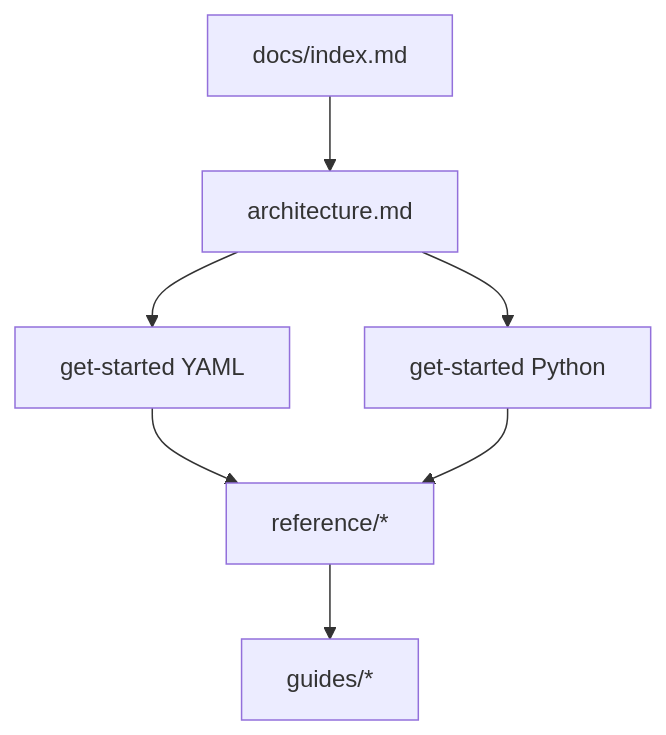
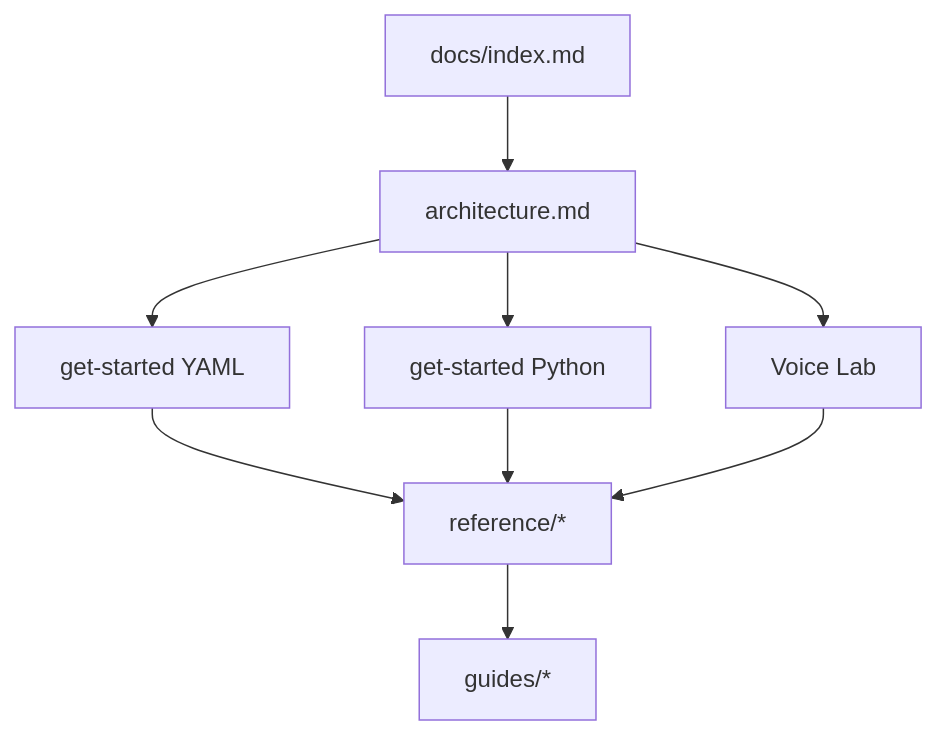
The diagram in docs/index.md (gowrav-vishwakarma/nexus-enterprise-agent), drawn with Mermaid before and after one commit. The commit also changed other lines of this file and 36 other files, not shown here.

First line of the commit message:
feat: enhance voice capabilities with gRPC media servers and Voice Lab integration

````diff
--- a/docs/index.md
+++ b/docs/index.md
@@ -29,16 +33,19 @@
 ```mermaid
 flowchart TD
   index[docs/index.md]
   arch[architecture.md]
   yaml[get-started YAML]
   py[get-started Python]
+  voice[Voice Lab]
   ref[reference/*]
   guides[guides/*]
 
   index --> arch
   arch --> yaml
   arch --> py
+  arch --> voice
   yaml --> ref
   py --> ref
+  voice --> ref
   ref --> guides
 ```
````
